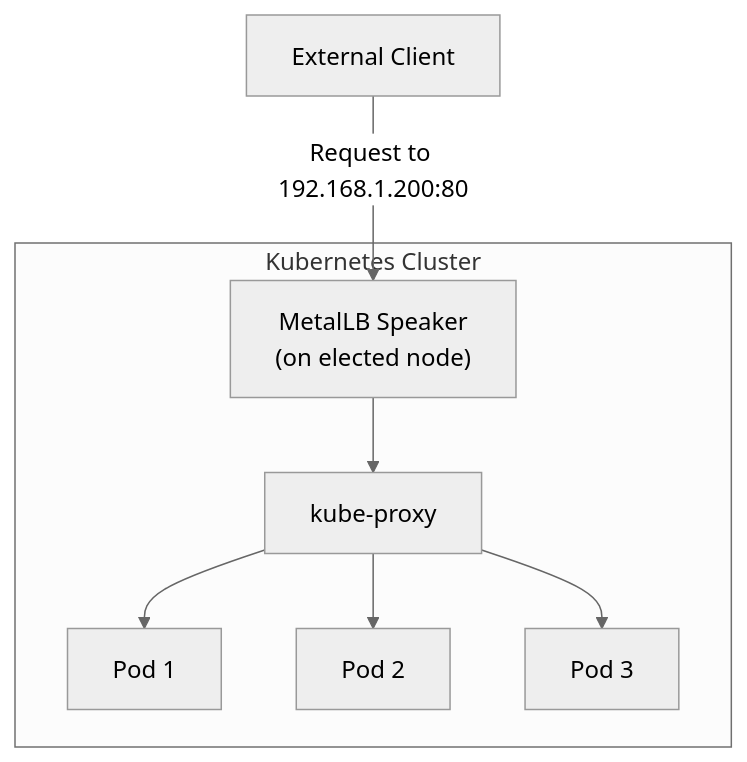
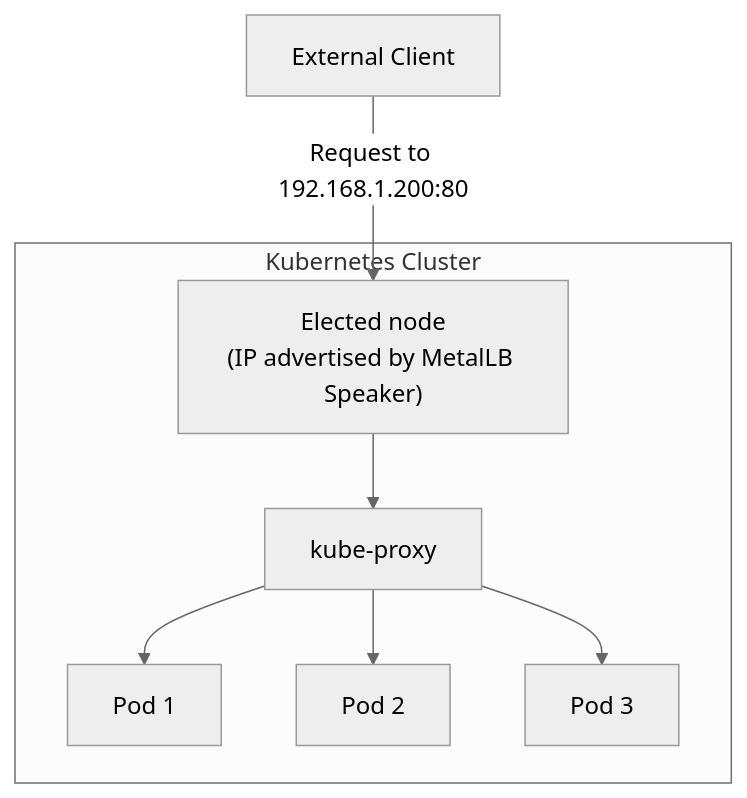
One commit to OneUptime/blog changed the first of 2 diagrams in posts/2026-02-20-metallb-create-loadbalancer-service/README.md. Above: the diagram before and after it, drawn with Mermaid (neutral theme). The commit also changed other lines of this file and 2 other files, not shown here.

````diff
--- a/posts/2026-02-20-metallb-create-loadbalancer-service/README.md
+++ b/posts/2026-02-20-metallb-create-loadbalancer-service/README.md
@@ -19,16 +19,16 @@
 ```mermaid
 flowchart TD
-    Client["External Client"] -->|Request to 192.168.1.200:80| Speaker["MetalLB Speaker<br/>(on elected node)"]
-    Speaker --> KP["kube-proxy"]
+    Client["External Client"] -->|Request to 192.168.1.200:80| Node["Elected node<br/>(IP advertised by MetalLB Speaker)"]
+    Node --> KP["kube-proxy"]
     KP --> Pod1["Pod 1"]
     KP --> Pod2["Pod 2"]
     KP --> Pod3["Pod 3"]
 
     subgraph Cluster["Kubernetes Cluster"]
-        Speaker
+        Node
         KP
         Pod1
         Pod2
         Pod3
     end
 ```
````
